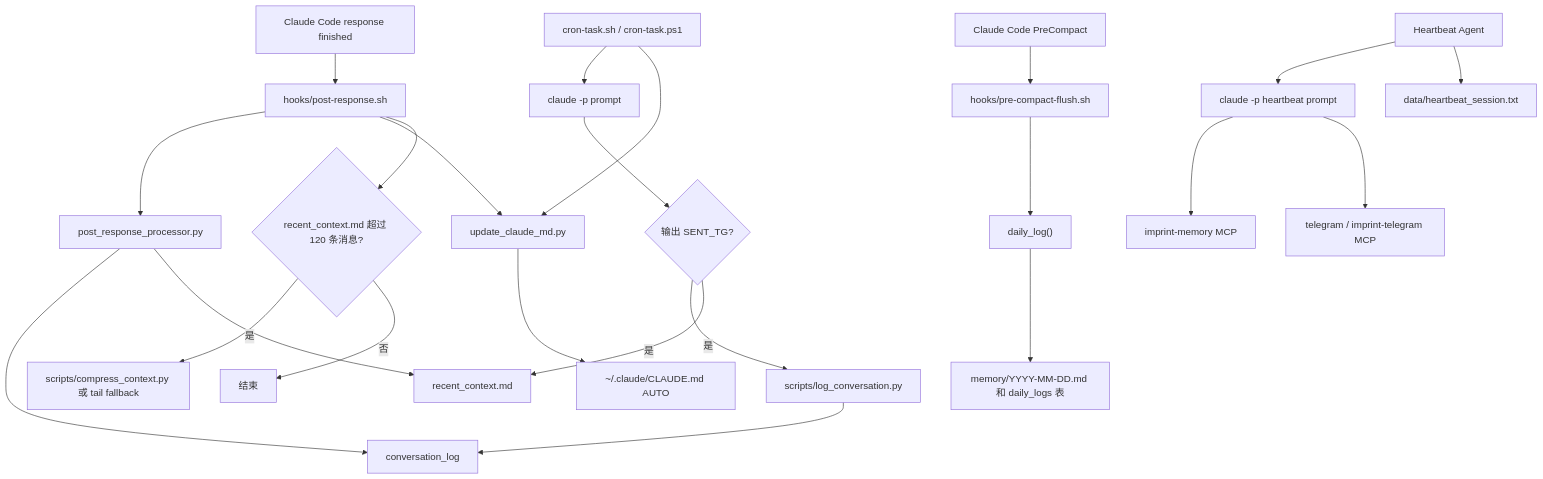
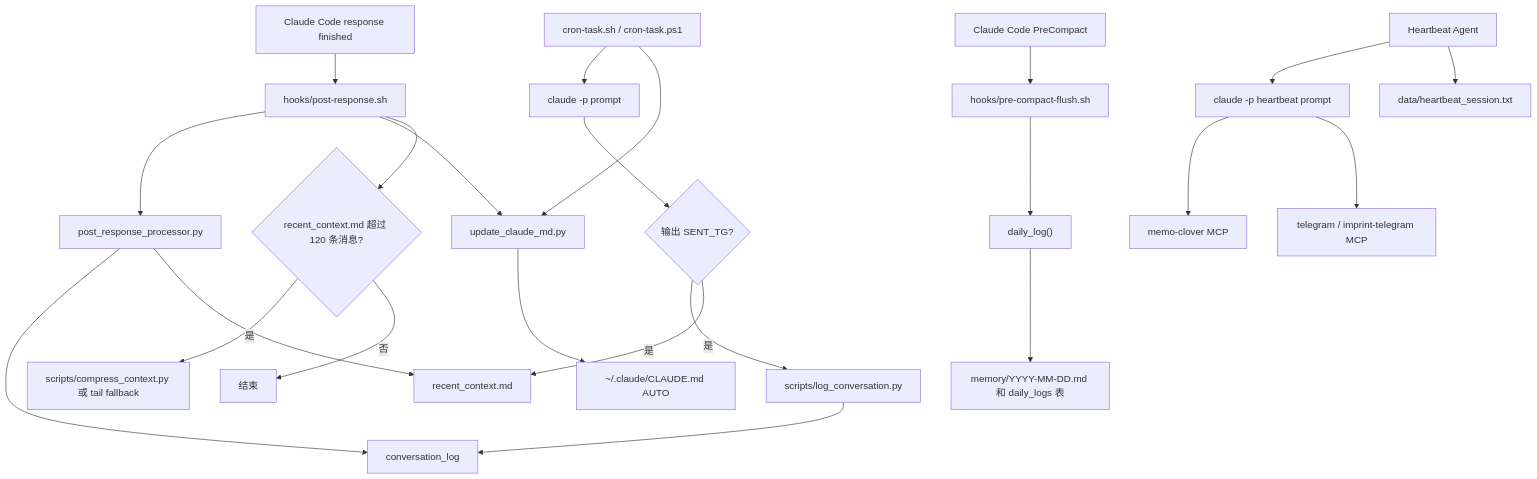
Before and after one commit to yanyan1115/claude-imprint: the first of 6 diagrams in docs/hooks-and-automation.md, drawn with Mermaid. The commit also changed other lines of this file and 37 other files, not shown here.

Commit message:
feat: 🍀 migrate memory core to MemoClover ecosystem

````diff
--- a/docs/hooks-and-automation.md
+++ b/docs/hooks-and-automation.md
@@ -9,28 +9,28 @@
 ```mermaid
 flowchart TD
     A["Claude Code response finished"] --> B["hooks/post-response.sh"]
     B --> C["post_response_processor.py"]
     C --> D["conversation_log"]
     C --> E["recent_context.md"]
     B --> F["update_claude_md.py"]
     F --> G["~/.claude/CLAUDE.md AUTO"]
     B --> H{"recent_context.md 超过 120 条消息?"}
     H -->|"是"| I["scripts/compress_context.py 或 tail fallback"]
     H -->|"否"| J["结束"]
 
     K["Claude Code PreCompact"] --> L["hooks/pre-compact-flush.sh"]
     L --> M["daily_log()"]
     M --> N["memory/YYYY-MM-DD.md 和 daily_logs 表"]
 
     O["cron-task.sh / cron-task.ps1"] --> P["claude -p prompt"]
     P --> Q{"输出 SENT_TG?"}
     Q -->|"是"| R["scripts/log_conversation.py"]
     R --> D
     Q -->|"是"| E
     O --> F
 
     S["Heartbeat Agent"] --> T["claude -p heartbeat prompt"]
-    T --> U["imprint-memory MCP"]
+    T --> U["memo-clover MCP"]
     T --> V["telegram / imprint-telegram MCP"]
     S --> W["data/heartbeat_session.txt"]
 ```
````
